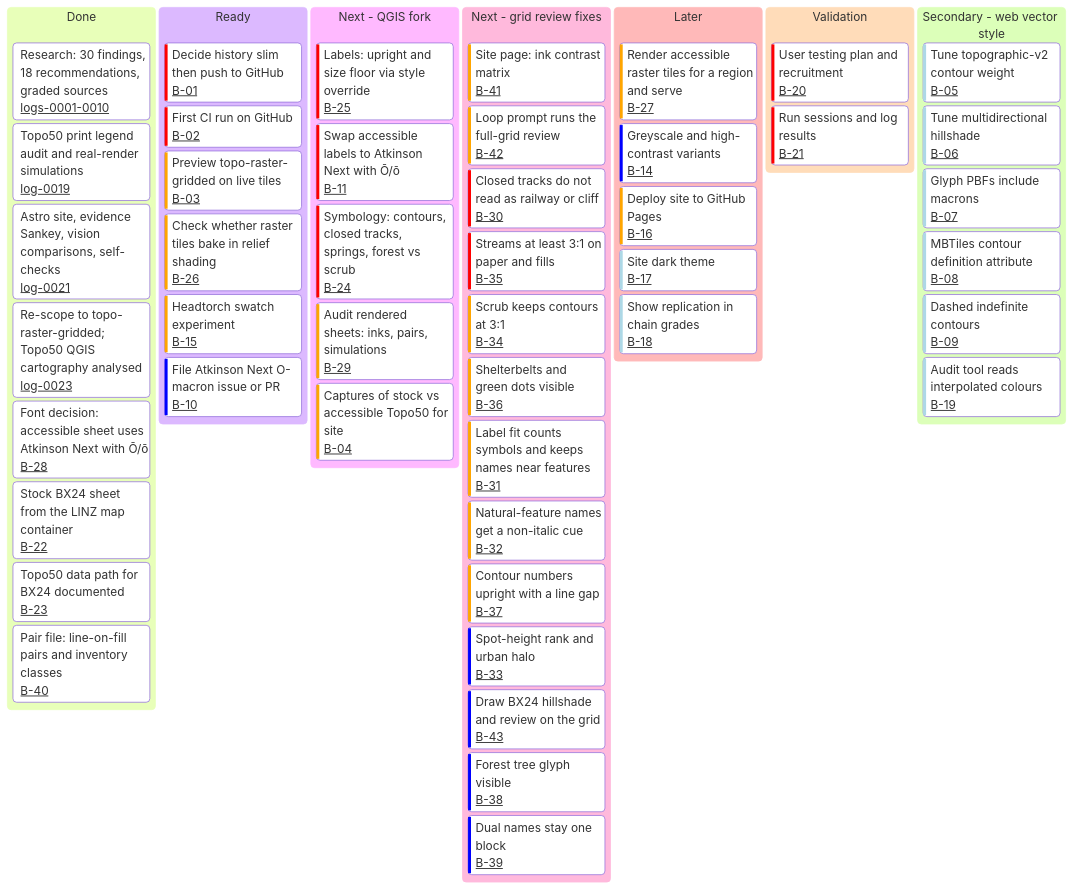
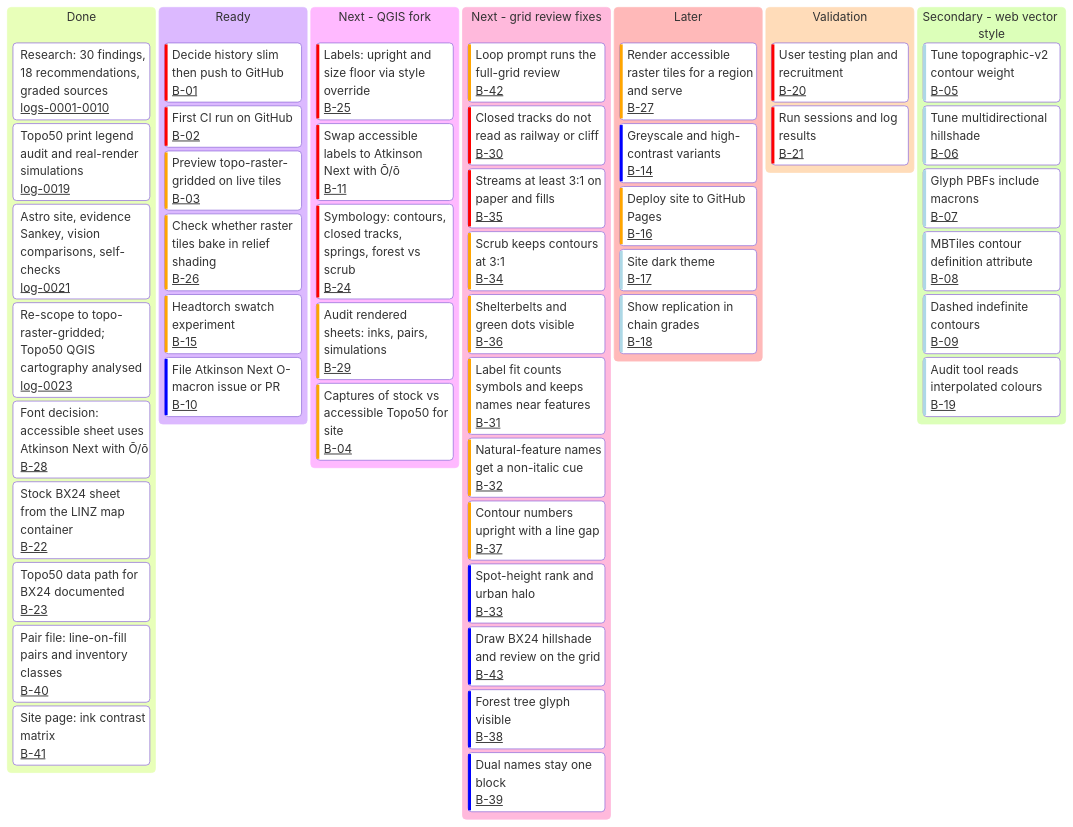
The diagram in BACKLOG.md (joshmcarthur/nz-accessible-topo), drawn with Mermaid before and after one commit. The commit also changed other lines of this file and 39 other files, not shown here.

````diff
--- a/BACKLOG.md
+++ b/BACKLOG.md
@@ -32,60 +32,60 @@
 ```mermaid
 ---
 config:
   kanban:
     ticketBaseUrl: '#'
 ---
 kanban
   done[Done]
     d1[Research: 30 findings, 18 recommendations, graded sources]@{ ticket: logs-0001-0010 }
     d2[Topo50 print legend audit and real-render simulations]@{ ticket: log-0019 }
     d3[Astro site, evidence Sankey, vision comparisons, self-checks]@{ ticket: log-0021 }
     d4[Re-scope to topo-raster-gridded; Topo50 QGIS cartography analysed]@{ ticket: log-0023 }
     d5[Font decision: accessible sheet uses Atkinson Next with Ō/ō]@{ ticket: B-28 }
     d6[Stock BX24 sheet from the LINZ map container]@{ ticket: B-22 }
     d7[Topo50 data path for BX24 documented]@{ ticket: B-23 }
     d8[Pair file: line-on-fill pairs and inventory classes]@{ ticket: B-40 }
+    d9[Site page: ink contrast matrix]@{ ticket: B-41 }
   ready[Ready]
     b01[Decide history slim then push to GitHub]@{ ticket: B-01, priority: 'Very High' }
     b02[First CI run on GitHub]@{ ticket: B-02, priority: 'Very High' }
     b03[Preview topo-raster-gridded on live tiles]@{ ticket: B-03, priority: 'High' }
     b26[Check whether raster tiles bake in relief shading]@{ ticket: B-26, priority: 'High' }
     b15[Headtorch swatch experiment]@{ ticket: B-15, priority: 'High' }
     b10[File Atkinson Next O-macron issue or PR]@{ ticket: B-10, priority: 'Low' }
   next[Next - QGIS fork]
     b25[Labels: upright and size floor via style override]@{ ticket: B-25, priority: 'Very High' }
     b11[Swap accessible labels to Atkinson Next with Ō/ō]@{ ticket: B-11, priority: 'Very High' }
     b24[Symbology: contours, closed tracks, springs, forest vs scrub]@{ ticket: B-24, priority: 'Very High' }
     b29[Audit rendered sheets: inks, pairs, simulations]@{ ticket: B-29, priority: 'High' }
     b04[Captures of stock vs accessible Topo50 for site]@{ ticket: B-04, priority: 'High' }
   review[Next - grid review fixes]
-    b41[Site page: ink contrast matrix]@{ ticket: B-41, priority: 'High' }
     b42[Loop prompt runs the full-grid review]@{ ticket: B-42, priority: 'High' }
     b30[Closed tracks do not read as railway or cliff]@{ ticket: B-30, priority: 'Very High' }
     b35[Streams at least 3:1 on paper and fills]@{ ticket: B-35, priority: 'Very High' }
     b34[Scrub keeps contours at 3:1]@{ ticket: B-34, priority: 'High' }
     b36[Shelterbelts and green dots visible]@{ ticket: B-36, priority: 'High' }
     b31[Label fit counts symbols and keeps names near features]@{ ticket: B-31, priority: 'High' }
     b32[Natural-feature names get a non-italic cue]@{ ticket: B-32, priority: 'High' }
     b37[Contour numbers upright with a line gap]@{ ticket: B-37, priority: 'High' }
     b33[Spot-height rank and urban halo]@{ ticket: B-33, priority: 'Low' }
     b43[Draw BX24 hillshade and review on the grid]@{ ticket: B-43, priority: 'Low' }
     b38[Forest tree glyph visible]@{ ticket: B-38, priority: 'Low' }
     b39[Dual names stay one block]@{ ticket: B-39, priority: 'Low' }
   later[Later]
     b27[Render accessible raster tiles for a region and serve]@{ ticket: B-27, priority: 'High' }
     b14[Greyscale and high-contrast variants]@{ ticket: B-14, priority: 'Low' }
     b16[Deploy site to GitHub Pages]@{ ticket: B-16, priority: 'High' }
     b17[Site dark theme]@{ ticket: B-17, priority: 'Very Low' }
     b18[Show replication in chain grades]@{ ticket: B-18, priority: 'Very Low' }
   validate[Validation]
     b20[User testing plan and recruitment]@{ ticket: B-20, priority: 'Very High' }
     b21[Run sessions and log results]@{ ticket: B-21, priority: 'Very High' }
   secondary[Secondary - web vector style]
     b05[Tune topographic-v2 contour weight]@{ ticket: B-05, priority: 'Very Low' }
     b06[Tune multidirectional hillshade]@{ ticket: B-06, priority: 'Very Low' }
     b07[Glyph PBFs include macrons]@{ ticket: B-07, priority: 'Very Low' }
     b08[MBTiles contour definition attribute]@{ ticket: B-08, priority: 'Very Low' }
     b09[Dashed indefinite contours]@{ ticket: B-09, priority: 'Very Low' }
     b19[Audit tool reads interpolated colours]@{ ticket: B-19, priority: 'Very Low' }
 ```
````
